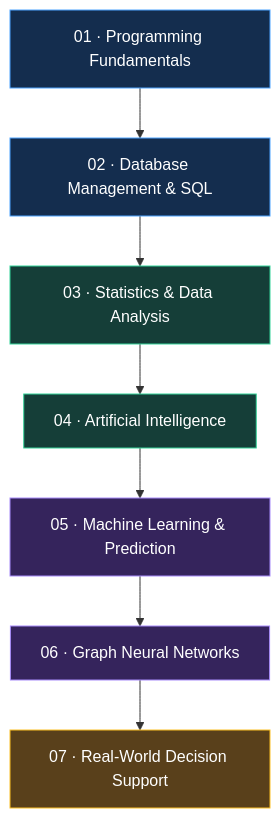
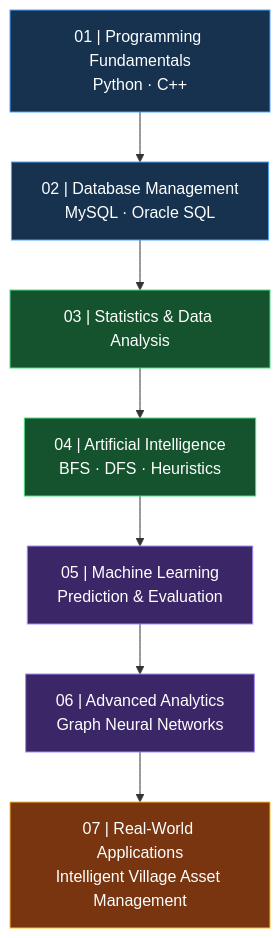
The diagram in README.md (KukuhRiyanto/KukuhRiyanto), drawn with Mermaid before and after one commit. The commit also changed other lines of this file, not shown here.

````diff
--- a/README.md
+++ b/README.md
@@ -219,19 +220,27 @@
 ```mermaid
 flowchart TD
-    A["01 · Programming Fundamentals"] --> B["02 · Database Management & SQL"]
-    B --> C["03 · Statistics & Data Analysis"]
-    C --> D["04 · Artificial Intelligence"]
-    D --> E["05 · Machine Learning & Prediction"]
-    E --> F["06 · Graph Neural Networks"]
-    F --> G["07 · Real-World Decision Support"]
+    A["01 | Programming Fundamentals<br/>Python · C++"] 
+    B["02 | Database Management<br/>MySQL · Oracle SQL"]
+    C["03 | Statistics & Data Analysis"]
+    D["04 | Artificial Intelligence<br/>BFS · DFS · Heuristics"]
+    E["05 | Machine Learning<br/>Prediction & Evaluation"]
+    F["06 | Advanced Analytics<br/>Graph Neural Networks"]
+    G["07 | Real-World Applications<br/>Intelligent Village Asset Management"]
 
-    classDef foundation fill:#142D4E,stroke:#4DA3FF,color:#FFFFFF
-    classDef analytics fill:#153E38,stroke:#34D399,color:#FFFFFF
-    classDef advanced fill:#35245C,stroke:#A78BFA,color:#FFFFFF
-    classDef impact fill:#59401B,stroke:#FBBF24,color:#FFFFFF
+    A --> B
+    B --> C
+    C --> D
+    D --> E
+    E --> F
+    F --> G
+
+    classDef foundation fill:#16324F,stroke:#4DA3FF,color:#FFFFFF
+    classDef analytics fill:#14532D,stroke:#4ADE80,color:#FFFFFF
+    classDef advanced fill:#3B2768,stroke:#A78BFA,color:#FFFFFF
+    classDef impact fill:#78350F,stroke:#FBBF24,color:#FFFFFF
 
     class A,B foundation
     class C,D analytics
     class E,F advanced
     class G impact
 ```
````
